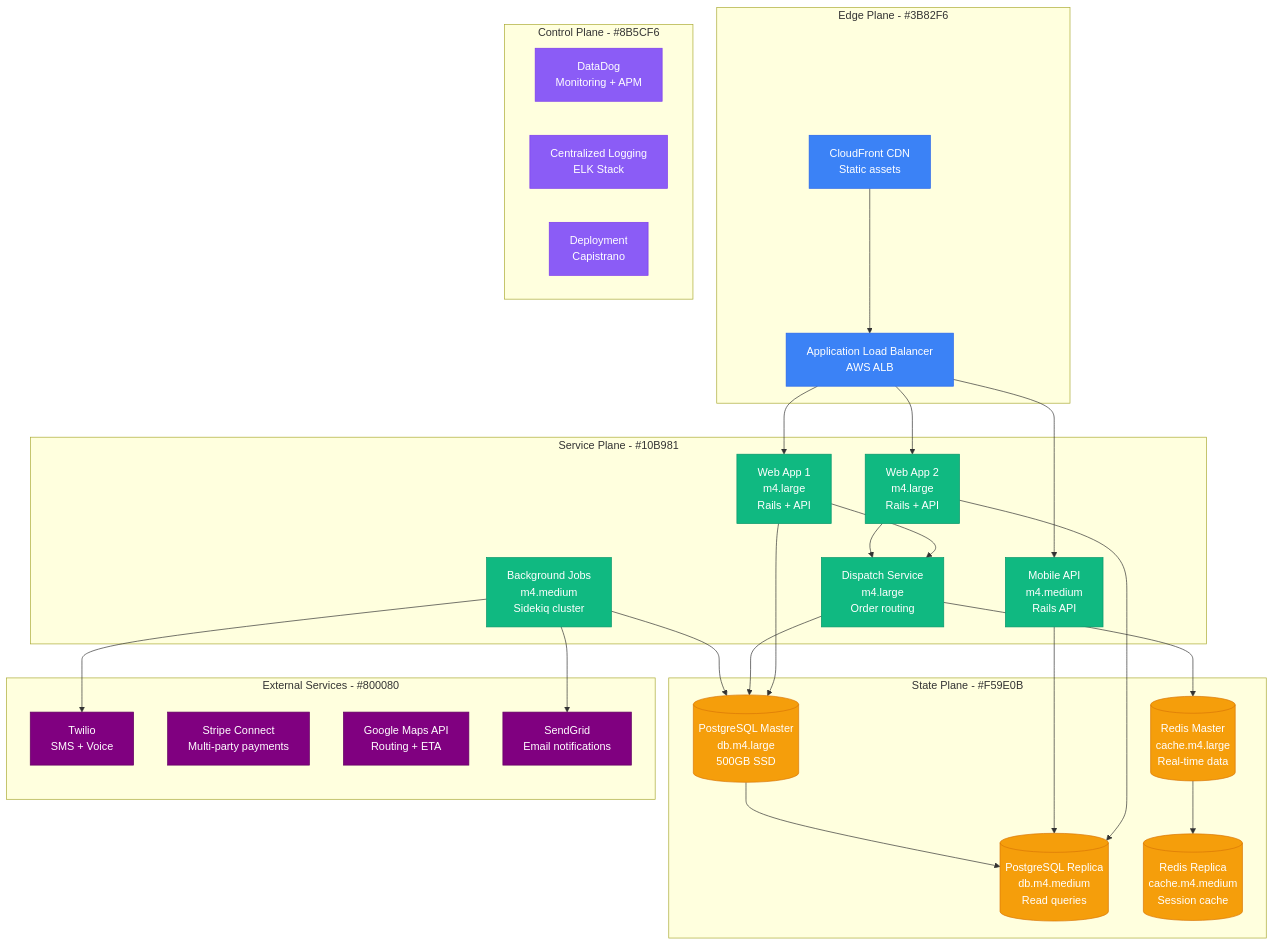
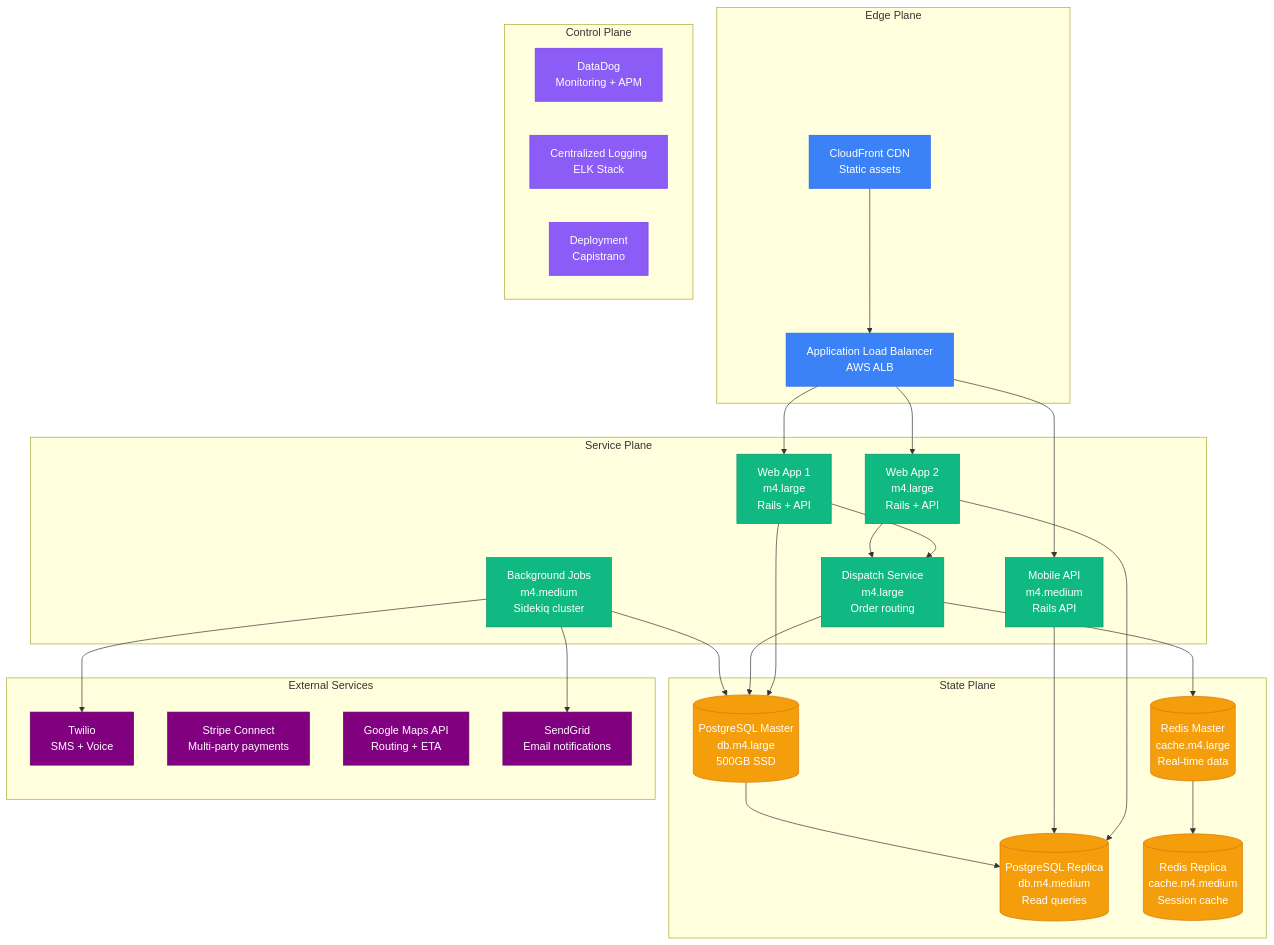
Before and after one commit to deepaucksharma/DS: the second of 6 diagrams in site/docs/scaling/doordash-scale-evolution.md, drawn with Mermaid. The commit also changed other lines of this file and 169 other files, not shown here.

````diff
--- a/site/docs/scaling/doordash-scale-evolution.md
+++ b/site/docs/scaling/doordash-scale-evolution.md
@@ -107,67 +107,67 @@
 ```mermaid
 graph TB
-    subgraph EdgePlane[Edge Plane - #3B82F6]
+    subgraph EdgePlane["Edge Plane"]
         ALB[Application Load Balancer<br/>AWS ALB]
         CF[CloudFront CDN<br/>Static assets]
     end
 
-    subgraph ServicePlane[Service Plane - #10B981]
+    subgraph ServicePlane["Service Plane"]
         WEB1[Web App 1<br/>m4.large<br/>Rails + API]
         WEB2[Web App 2<br/>m4.large<br/>Rails + API]
         MOBILE_API[Mobile API<br/>m4.medium<br/>Rails API]
         DISPATCH[Dispatch Service<br/>m4.large<br/>Order routing]
         WORKER[Background Jobs<br/>m4.medium<br/>Sidekiq cluster]
     end
 
-    subgraph StatePlane[State Plane - #F59E0B]
+    subgraph StatePlane["State Plane"]
         POSTGRES_M[(PostgreSQL Master<br/>db.m4.large<br/>500GB SSD)]
         POSTGRES_R[(PostgreSQL Replica<br/>db.m4.medium<br/>Read queries)]
         REDIS_M[(Redis Master<br/>cache.m4.large<br/>Real-time data)]
         REDIS_R[(Redis Replica<br/>cache.m4.medium<br/>Session cache)]
     end
 
-    subgraph ControlPlane[Control Plane - #8B5CF6]
+    subgraph ControlPlane["Control Plane"]
         DATADOG[DataDog<br/>Monitoring + APM]
         LOGS[Centralized Logging<br/>ELK Stack]
         DEPLOY[Deployment<br/>Capistrano]
     end
 
-    subgraph ExternalServices[External Services - #800080]
+    subgraph ExternalServices["External Services"]
         TWILIO[Twilio<br/>SMS + Voice]
         STRIPE[Stripe Connect<br/>Multi-party payments]
         GOOGLE_API[Google Maps API<br/>Routing + ETA]
         SENDGRID[SendGrid<br/>Email notifications]
     end
 
     CF --> ALB
     ALB --> WEB1
     ALB --> WEB2
     ALB --> MOBILE_API
     WEB1 --> DISPATCH
     WEB2 --> DISPATCH
 
     WEB1 --> POSTGRES_M
     WEB2 --> POSTGRES_R
     MOBILE_API --> POSTGRES_R
     DISPATCH --> POSTGRES_M
     DISPATCH --> REDIS_M
 
     WORKER --> POSTGRES_M
     WORKER --> TWILIO
     WORKER --> SENDGRID
 
     POSTGRES_M --> POSTGRES_R
     REDIS_M --> REDIS_R
 
     classDef edgeStyle fill:#3B82F6,stroke:#2563EB,color:#fff
     classDef serviceStyle fill:#10B981,stroke:#059669,color:#fff
     classDef stateStyle fill:#F59E0B,stroke:#D97706,color:#fff
     classDef controlStyle fill:#8B5CF6,stroke:#7C3AED,color:#fff
     classDef externalStyle fill:#800080,stroke:#600060,color:#fff
 
     class ALB,CF edgeStyle
     class WEB1,WEB2,MOBILE_API,DISPATCH,WORKER serviceStyle
     class POSTGRES_M,POSTGRES_R,REDIS_M,REDIS_R stateStyle
     class DATADOG,LOGS,DEPLOY controlStyle
     class TWILIO,STRIPE,GOOGLE_API,SENDGRID externalStyle
 ```
````
